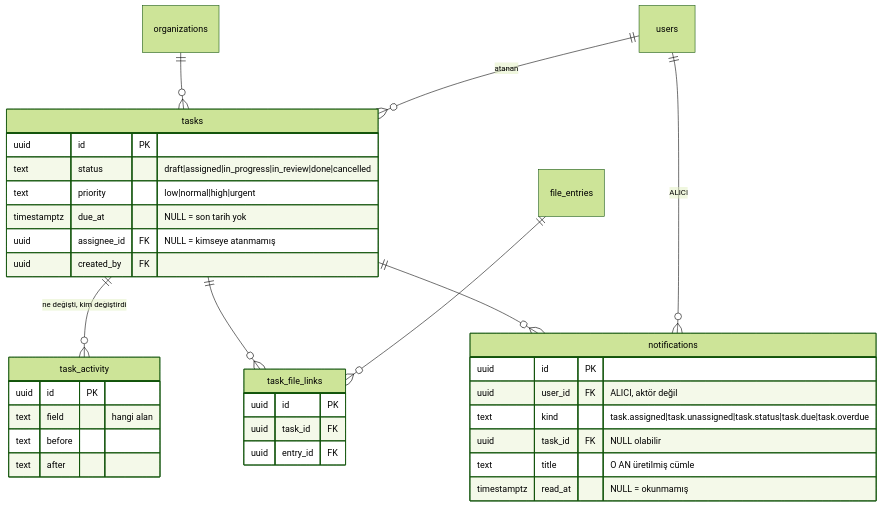
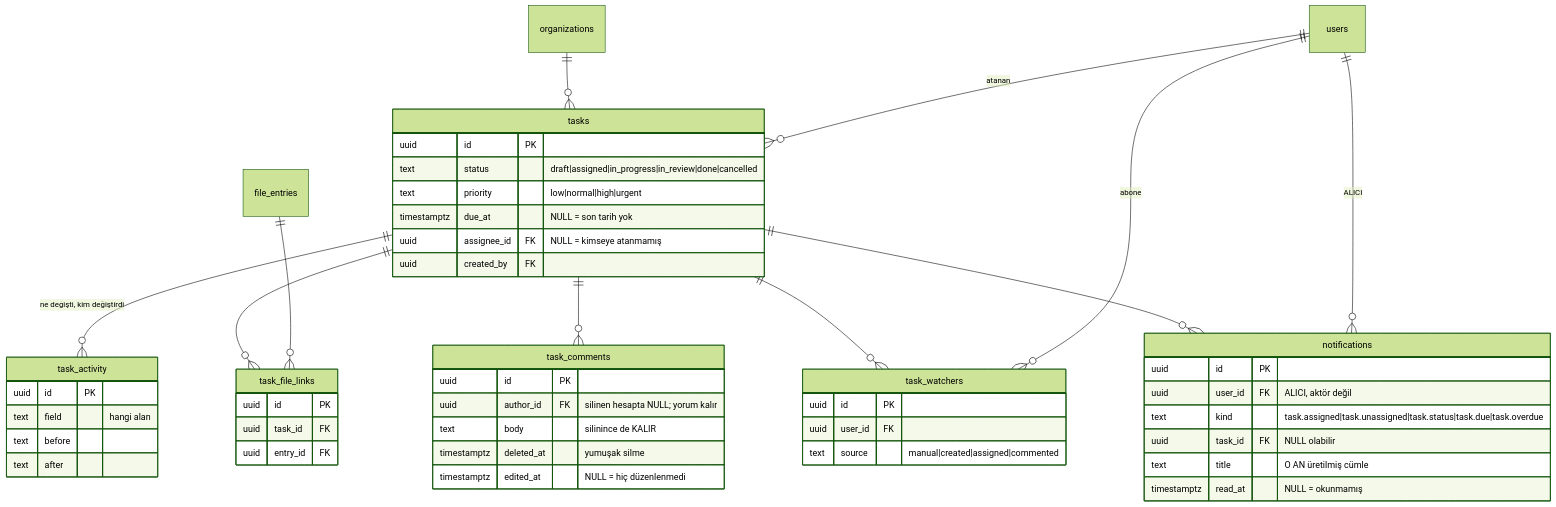
Before and after one commit to avsharbeyi/depsis: the fourth of 4 diagrams in docs/er-diagram.md, drawn with Mermaid (forest theme). The commit also changed other lines of this file and 20 other files, not shown here.

````diff
--- a/docs/er-diagram.md
+++ b/docs/er-diagram.md
@@ -180,38 +180,53 @@
 ```mermaid
 erDiagram
     organizations ||--o{ tasks : ""
     users ||--o{ tasks : "atanan"
     tasks ||--o{ task_activity : "ne değişti, kim değiştirdi"
     tasks ||--o{ task_file_links : ""
     file_entries ||--o{ task_file_links : ""
+    tasks ||--o{ task_comments : ""
+    tasks ||--o{ task_watchers : ""
+    users ||--o{ task_watchers : "abone"
     tasks ||--o{ notifications : ""
     users ||--o{ notifications : "ALICI"
 
     tasks {
         uuid id PK
         text status "draft|assigned|in_progress|in_review|done|cancelled"
         text priority "low|normal|high|urgent"
         timestamptz due_at "NULL = son tarih yok"
         uuid assignee_id FK "NULL = kimseye atanmamış"
         uuid created_by FK
     }
     task_activity {
         uuid id PK
         text field "hangi alan"
         text before
         text after
     }
     task_file_links {
         uuid id PK
         uuid task_id FK
         uuid entry_id FK
     }
+    task_comments {
+        uuid id PK
+        uuid author_id FK "silinen hesapta NULL; yorum kalır"
+        text body "silinince de KALIR"
+        timestamptz deleted_at "yumuşak silme"
+        timestamptz edited_at "NULL = hiç düzenlenmedi"
+    }
+    task_watchers {
+        uuid id PK
+        uuid user_id FK
+        text source "manual|created|assigned|commented"
+    }
     notifications {
         uuid id PK
         uuid user_id FK "ALICI, aktör değil"
         text kind "task.assigned|task.unassigned|task.status|task.due|task.overdue"
         uuid task_id FK "NULL olabilir"
         text title "O AN üretilmiş cümle"
         timestamptz read_at "NULL = okunmamış"
     }
 ```
````
